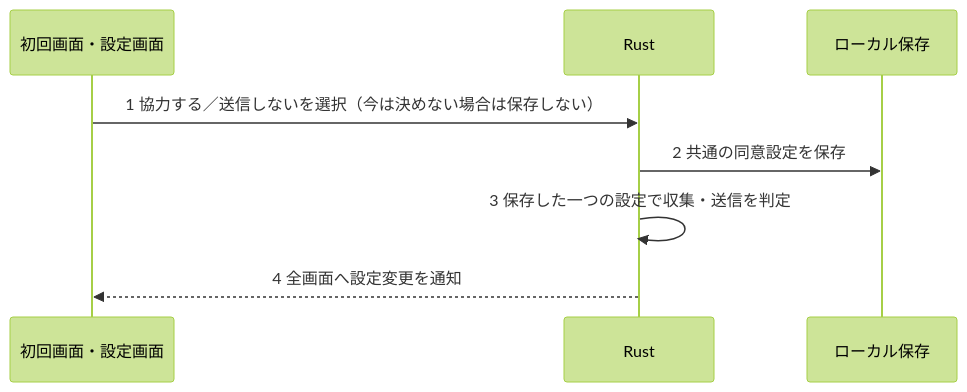
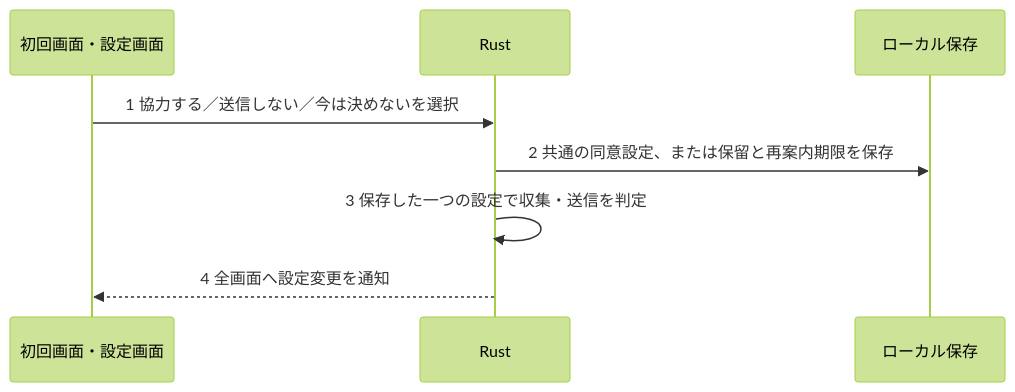
One commit to ore-no-fusen/ore-no-fusen changed the second of 5 diagrams in docs-v2/009_MEMBERSHIP.md. Above: the diagram before and after it, drawn with Mermaid (forest theme). The commit also changed other lines of this file and 14 other files, not shown here.

````diff
--- a/docs-v2/009_MEMBERSHIP.md
+++ b/docs-v2/009_MEMBERSHIP.md
@@ -78,10 +78,10 @@
 ```mermaid
 sequenceDiagram
     participant UI as 初回画面・設定画面
     participant Rust as Rust
     participant Store as ローカル保存
-    UI->>Rust: 1 協力する／送信しないを選択（今は決めない場合は保存しない）
-    Rust->>Store: 2 共通の同意設定を保存
+    UI->>Rust: 1 協力する／送信しない／今は決めないを選択
+    Rust->>Store: 2 共通の同意設定、または保留と再案内期限を保存
     Rust->>Rust: 3 保存した一つの設定で収集・送信を判定
     Rust-->>UI: 4 全画面へ設定変更を通知
 ```
````
